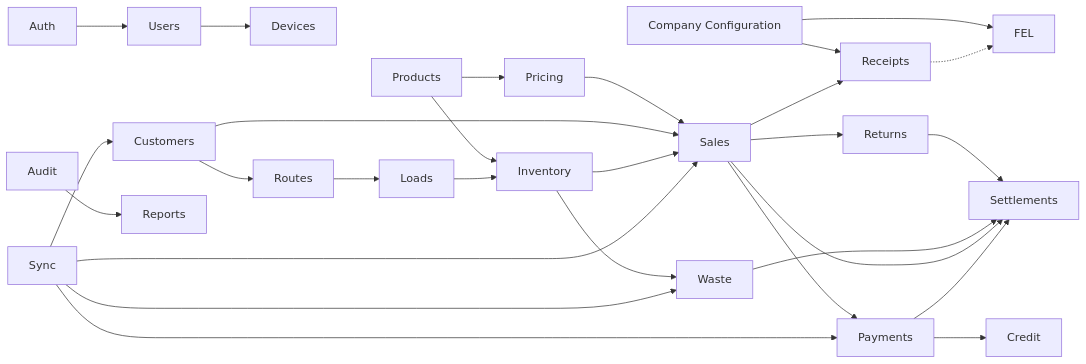
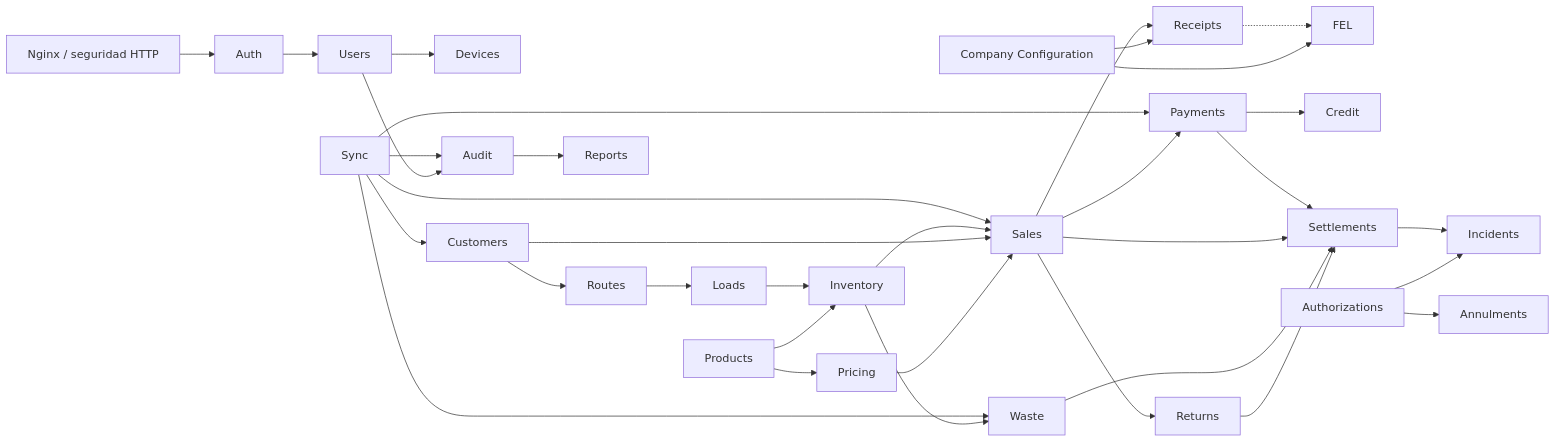
One commit to mchiroyl/purified-water-management changed the diagram in diagrams/components/system-components.mmd. Above: the diagram before and after it, drawn with Mermaid. The commit also changed 7 other files, not shown here.

Commit message:
docs: synchronize architecture and data diagrams

```diff
--- a/diagrams/components/system-components.mmd
+++ b/diagrams/components/system-components.mmd
@@ -1,28 +1,34 @@
 flowchart LR
+    Gateway["Nginx / seguridad HTTP"] --> Auth
     Auth --> Users
     Users --> Devices
     Company["Company Configuration"] --> Receipts
     Company --> FEL
     Products --> Pricing
     Products --> Inventory
     Customers --> Routes
     Routes --> Loads
     Loads --> Inventory
     Pricing --> Sales
     Customers --> Sales
     Inventory --> Sales
     Sales --> Payments
     Payments --> Credit
     Sales --> Returns
     Inventory --> Waste
     Returns --> Settlements
     Waste --> Settlements
     Sales --> Settlements
     Payments --> Settlements
     Sync --> Customers
     Sync --> Sales
     Sync --> Payments
     Sync --> Waste
+    Authorizations --> Incidents
+    Authorizations --> Annulments
+    Settlements --> Incidents
     Audit --> Reports
+    Users --> Audit
+    Sync --> Audit
     Sales --> Receipts
     Receipts -.-> FEL
```
